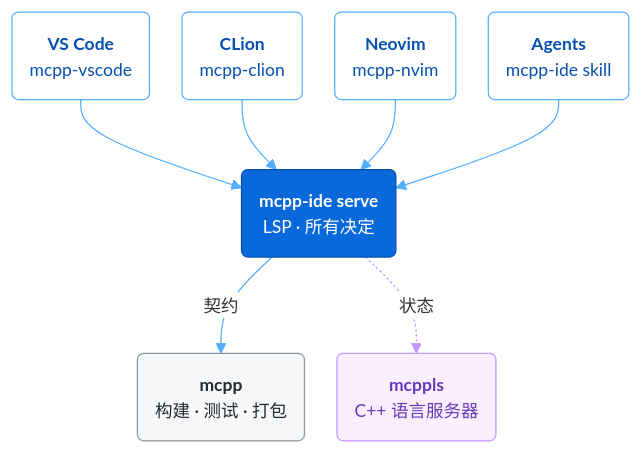
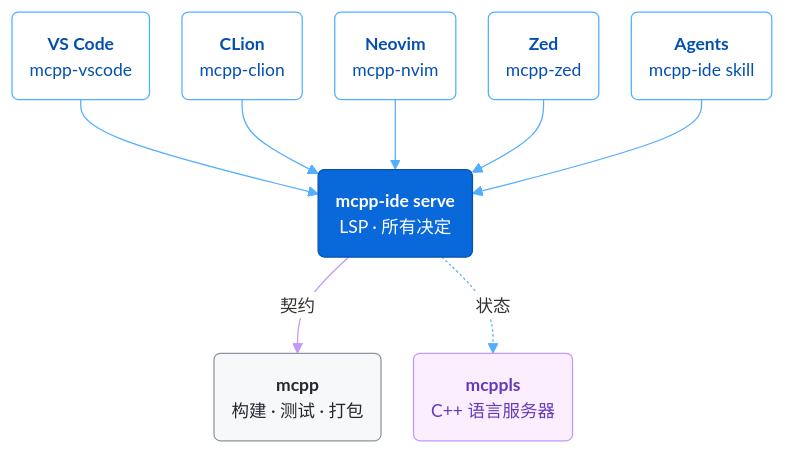
One commit to mcpp-community/mcpp-ide changed the diagram in README.zh-CN.md. Above: the diagram before and after it, drawn with Mermaid. The commit also changed other lines of this file and 22 other files, not shown here.

First line of the commit message:
feat(zed): mcpp-zed, the backend as a language server of mcpp.toml in Zed, made for Zed's registry

````diff
--- a/README.zh-CN.md
+++ b/README.zh-CN.md
@@ -28,19 +28,20 @@
 ```mermaid
 %%{init: {"theme": "base", "flowchart": {"curve": "basis", "nodeSpacing": 26, "rankSpacing": 56, "padding": 14}, "themeVariables": {"fontFamily": "ui-sans-serif, system-ui, -apple-system, Segoe UI, sans-serif", "fontSize": "14px", "lineColor": "#54aeff", "edgeLabelBackground": "#ffffff"}}}%%
 flowchart TB
     vscode("<b>VS Code</b><br/>mcpp-vscode"):::client
     clion("<b>CLion</b><br/>mcpp-clion"):::client
     nvim("<b>Neovim</b><br/>mcpp-nvim"):::client
+    zed("<b>Zed</b><br/>mcpp-zed"):::client
     agent("<b>Agents</b><br/>mcpp-ide skill"):::client
     serve("<b>mcpp-ide serve</b><br/>LSP · 所有决定"):::core
     mcppls("<b>mcppls</b><br/>C++ 语言服务器"):::ls
     mcpp("<b>mcpp</b><br/>构建 · 测试 · 打包"):::tool
-    vscode & clion & nvim & agent --> serve
+    vscode & clion & nvim & zed & agent --> serve
     serve -- 契约 --> mcpp
     serve -. 状态 .-> mcppls
     classDef client fill:#ffffff,stroke:#54aeff,color:#0550ae
     classDef core fill:#0969da,stroke:#0550ae,color:#ffffff
     classDef ls fill:#fbefff,stroke:#c297ff,color:#6639ba
     classDef tool fill:#f6f8fa,stroke:#8c959f,color:#24292f
     linkStyle 5 stroke:#c297ff
 ```
````
